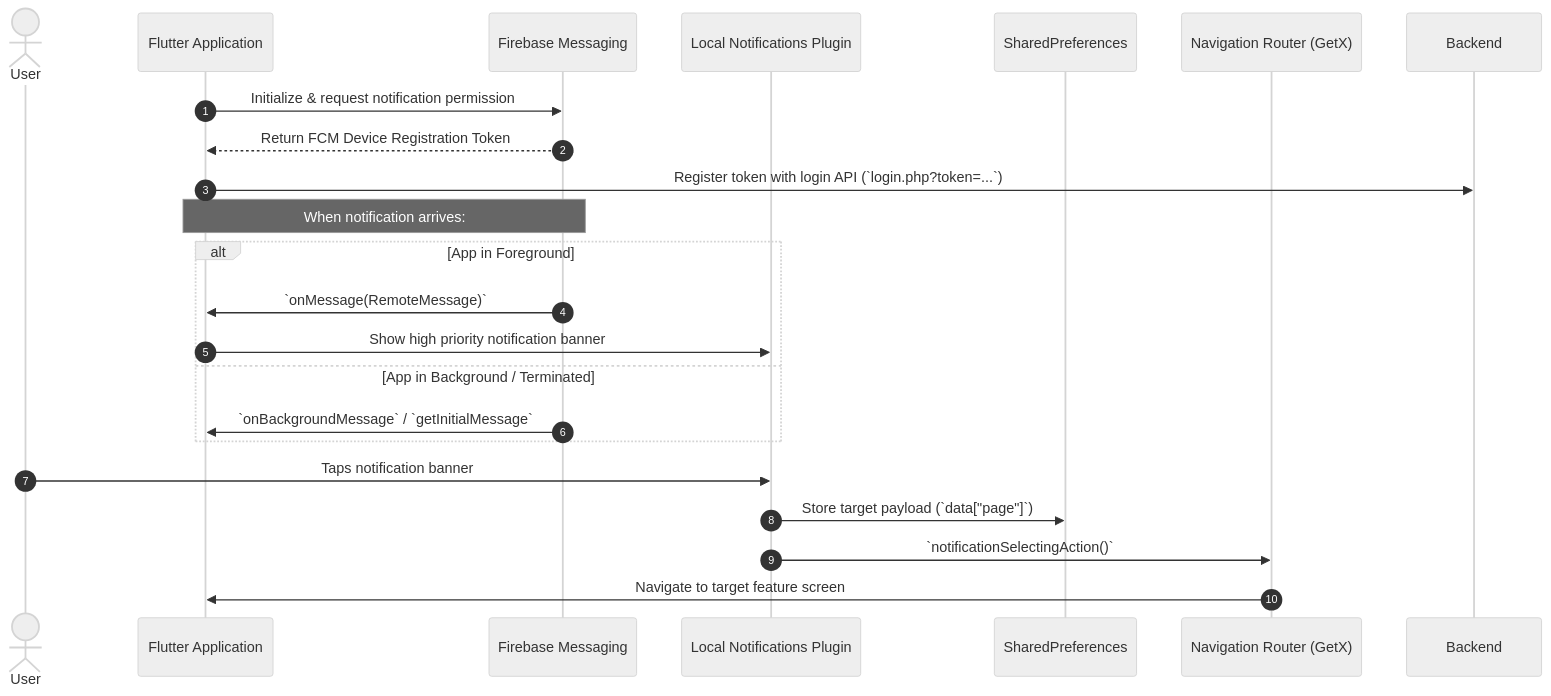
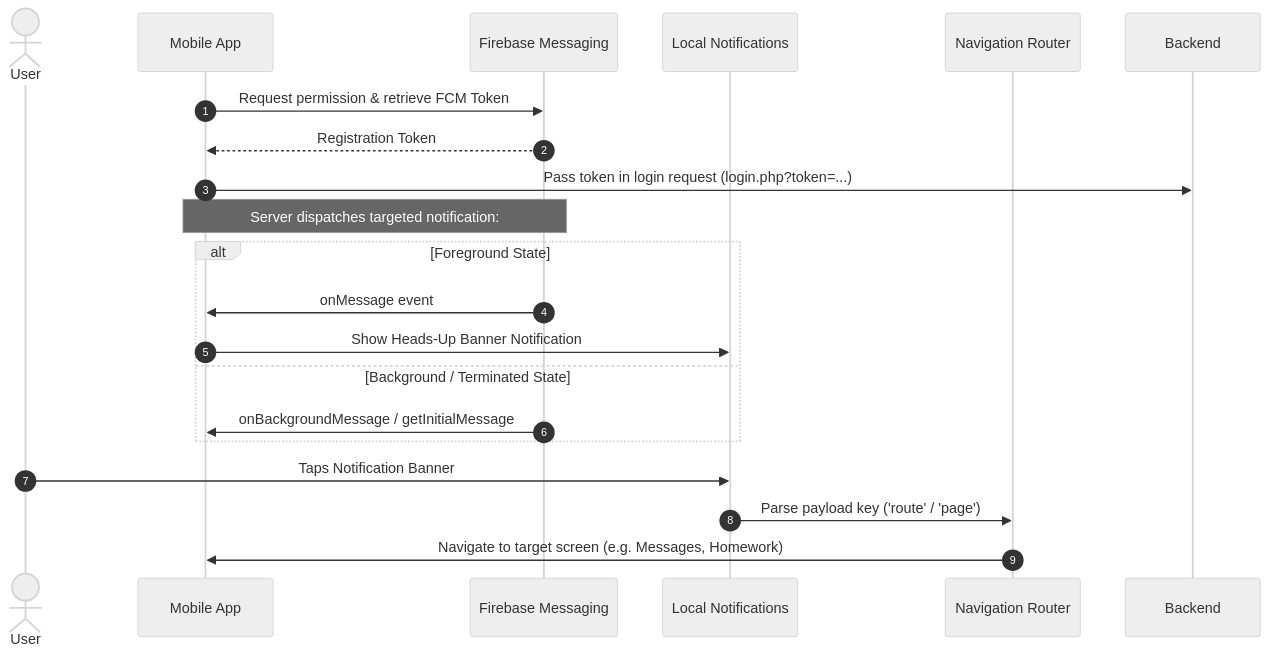
The fifth of 5 diagrams in README.md (AhmedElbasha97/al_furqan_school), drawn with Mermaid (neutral theme) before and after one commit. The commit also changed other lines of this file, not shown here.

````diff
--- a/README.md
+++ b/README.md
@@ -333,27 +587,25 @@
 ```mermaid
 sequenceDiagram
     autonumber
     actor User
-    participant App as Flutter Application
+    participant App as Mobile App
     participant FCM as Firebase Messaging
-    participant LocalNotif as Local Notifications Plugin
-    participant Storage as SharedPreferences
-    participant Router as Navigation Router (GetX)
+    participant Local as Local Notifications
+    participant Router as Navigation Router
 
-    App->>FCM: Initialize & request notification permission
-    FCM-->>App: Return FCM Device Registration Token
-    App->>Backend: Register token with login API (`login.php?token=...`)
+    App->>FCM: Request permission & retrieve FCM Token
+    FCM-->>App: Registration Token
+    App->>Backend: Pass token in login request (login.php?token=...)
     
-    Note over FCM,App: When notification arrives:
-    alt App in Foreground
-        FCM->>App: `onMessage(RemoteMessage)`
-        App->>LocalNotif: Show high priority notification banner
-    else App in Background / Terminated
-        FCM->>App: `onBackgroundMessage` / `getInitialMessage`
+    Note over FCM,App: Server dispatches targeted notification:
+    alt Foreground State
+        FCM->>App: onMessage event
+        App->>Local: Show Heads-Up Banner Notification
+    else Background / Terminated State
+        FCM->>App: onBackgroundMessage / getInitialMessage
     end
 
-    User->>LocalNotif: Taps notification banner
-    LocalNotif->>Storage: Store target payload (`data["page"]`)
-    LocalNotif->>Router: `notificationSelectingAction()`
-    Router->>App: Navigate to target feature screen
+    User->>Local: Taps Notification Banner
+    Local->>Router: Parse payload key ('route' / 'page')
+    Router->>App: Navigate to target screen (e.g. Messages, Homework)
 ```
````
